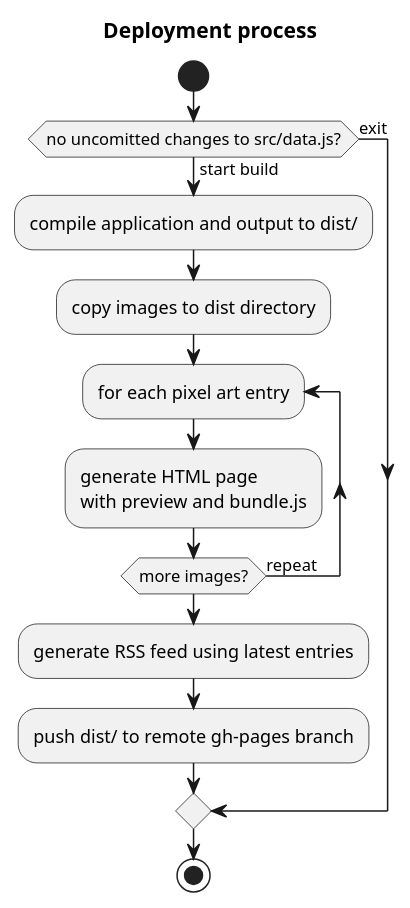
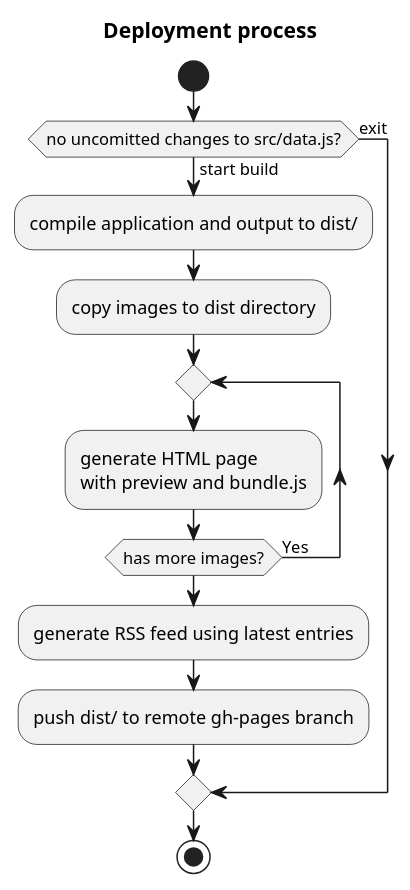
One commit to PakkuDon/pixel-art-gallery changed the diagram in doc/deployment.puml. Above: the diagram before and after it, drawn with PlantUML. The commit also changed 1 other file, not shown here.

Commit message:
Fix syntax in deployment diagram
Current `repeat` statement with label raises an error
in PlantUML version 8024

```diff
--- a/doc/deployment.puml
+++ b/doc/deployment.puml
@@ -1,20 +1,20 @@
 @startuml
 
 title Deployment process
 
 start
 if (no uncomitted changes to src/data.js?) then (start build)
   :compile application and output to dist/;
   :copy images to dist directory;
-  repeat :for each pixel art entry;
+  repeat
     :generate HTML page 
     with preview and bundle.js;
-  repeat while (more images?) is (repeat)
+  repeat while (has more images?) is (Yes)
   :generate RSS feed using latest entries;
   :push dist/ to remote gh-pages branch;
 else (exit)
 endif
 
 stop
 
 @enduml
```
